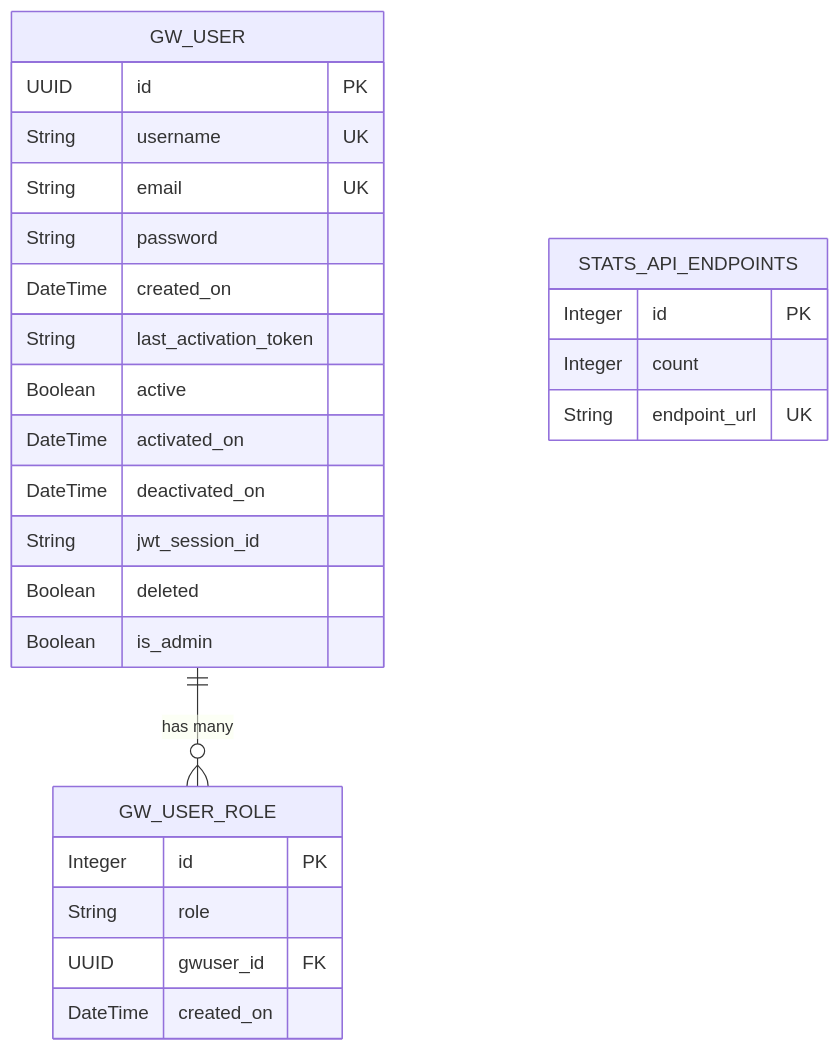
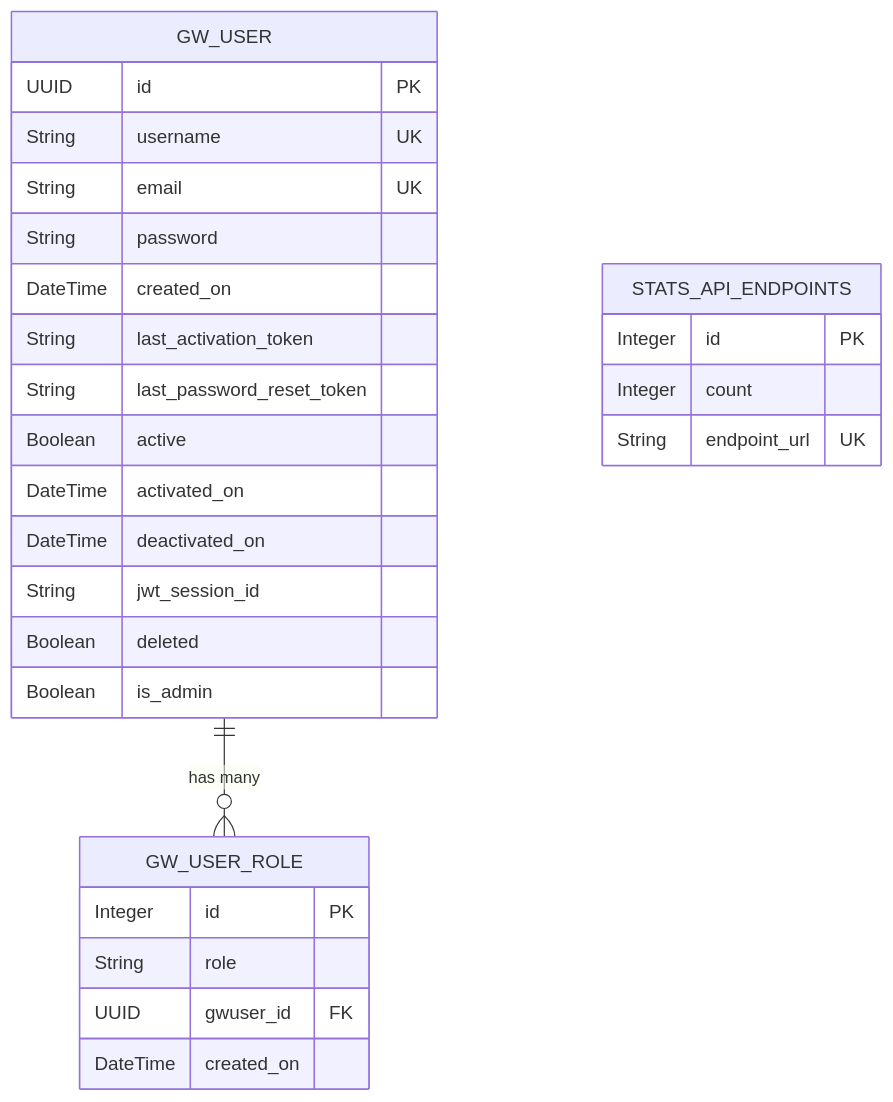
Diagram 13 of 16 in DOCUMENTATION/PROJECT.md (mentally-gamez-soft/IAM-gateway), drawn with Mermaid before and after one commit. The commit also changed other lines of this file and 1 other file, not shown here.

First line of the commit message:
docs(US-002): add password reset endpoints and flows to documentation

````diff
--- a/DOCUMENTATION/PROJECT.md
+++ b/DOCUMENTATION/PROJECT.md
@@ -446,32 +508,33 @@
 ```mermaid
 erDiagram
     GW_USER {
         UUID id PK
         String username UK
         String email UK
         String password
         DateTime created_on
         String last_activation_token
+        String last_password_reset_token
         Boolean active
         DateTime activated_on
         DateTime deactivated_on
         String jwt_session_id
         Boolean deleted
         Boolean is_admin
     }
 
     GW_USER_ROLE {
         Integer id PK
         String role
         UUID gwuser_id FK
         DateTime created_on
     }
 
     STATS_API_ENDPOINTS {
         Integer id PK
         Integer count
         String endpoint_url UK
     }
 
     GW_USER ||--o{ GW_USER_ROLE : "has many"
 ```
````
